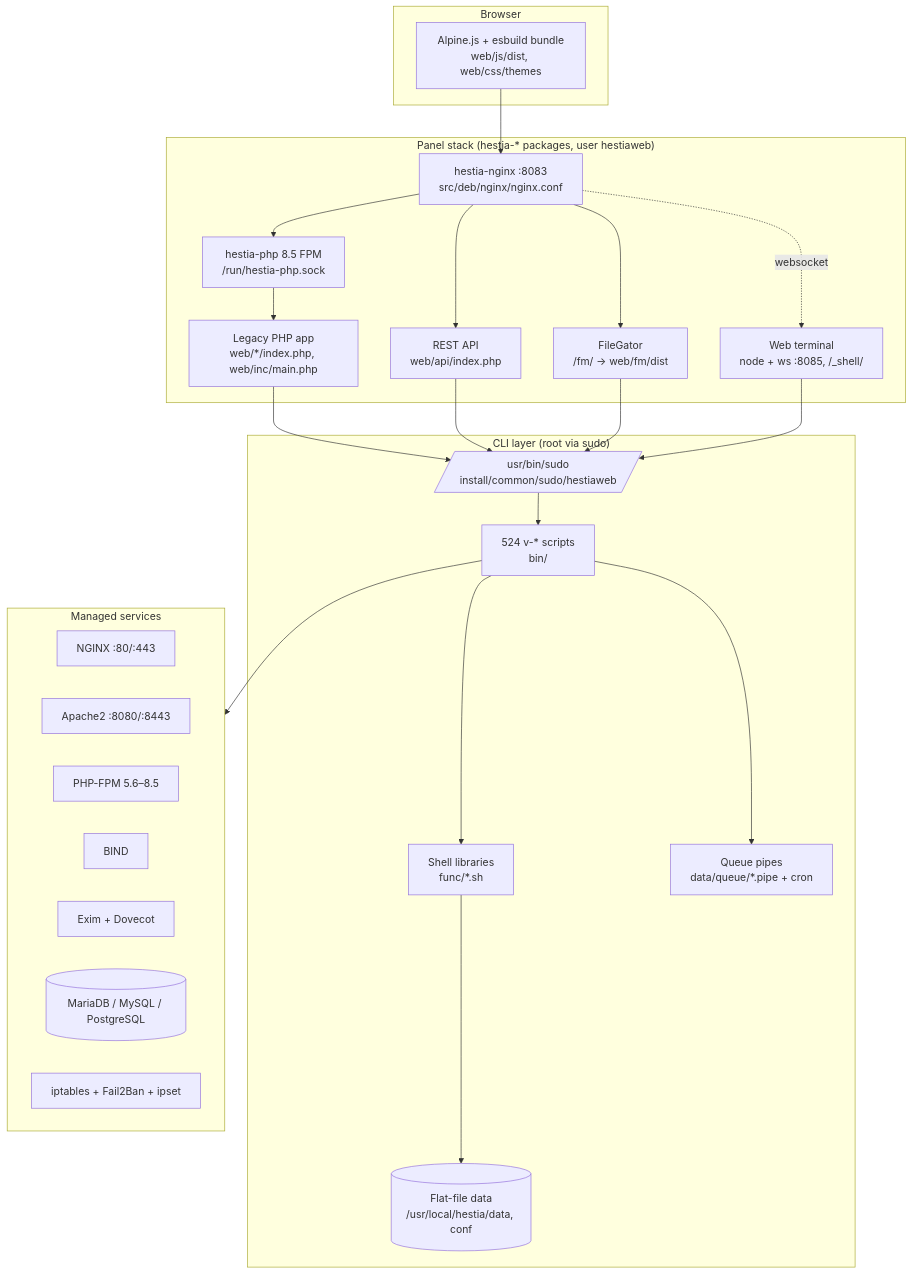
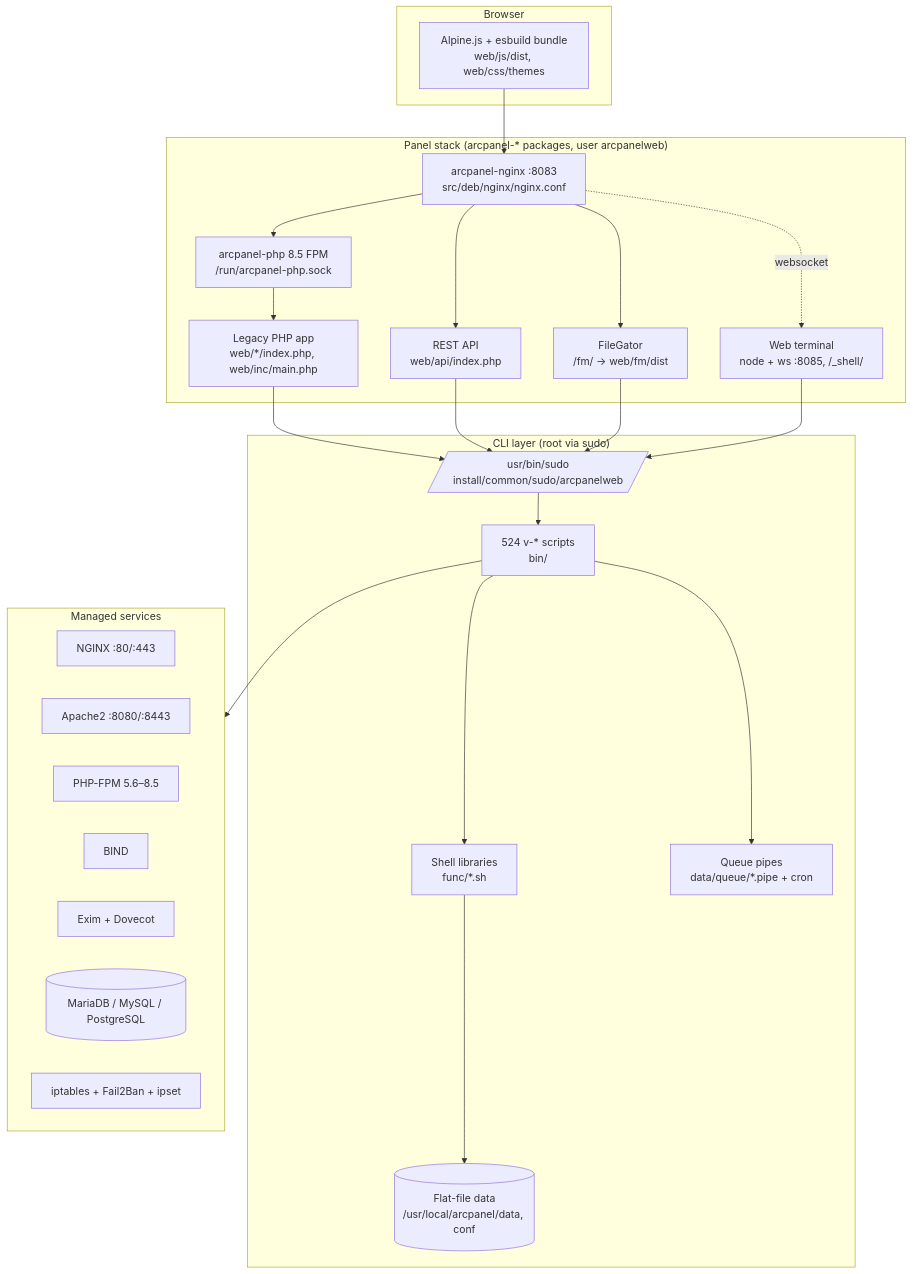
Before and after one commit to arc-panel-oss/arcpanel: the fourth of 4 diagrams in docs/design/01-architecture-overview.md, drawn with Mermaid. The commit also changed other lines of this file and 59 other files, not shown here.

````diff
--- a/docs/design/01-architecture-overview.md
+++ b/docs/design/01-architecture-overview.md
@@ -315,45 +315,45 @@
 ```mermaid
 flowchart TB
   subgraph browser[Browser]
     ui[Alpine.js + esbuild bundle<br/>web/js/dist, web/css/themes]
   end
 
-  subgraph panel["Panel stack (hestia-* packages, user hestiaweb)"]
-    hnginx[hestia-nginx :8083<br/>src/deb/nginx/nginx.conf]
-    hphp[hestia-php 8.5 FPM<br/>/run/hestia-php.sock]
+  subgraph panel["Panel stack (arcpanel-* packages, user arcpanelweb)"]
+    hnginx[arcpanel-nginx :8083<br/>src/deb/nginx/nginx.conf]
+    hphp[arcpanel-php 8.5 FPM<br/>/run/arcpanel-php.sock]
     legacy[Legacy PHP app<br/>web/*/index.php, web/inc/main.php]
     api[REST API<br/>web/api/index.php]
     fm[FileGator<br/>/fm/ → web/fm/dist]
     term[Web terminal<br/>node + ws :8085, /_shell/]
   end
 
   subgraph cli["CLI layer (root via sudo)"]
-    sudo[/usr/bin/sudo<br/>install/common/sudo/hestiaweb/]
+    sudo[/usr/bin/sudo<br/>install/common/sudo/arcpanelweb/]
     bin[524 v-* scripts<br/>bin/]
     func[Shell libraries<br/>func/*.sh]
-    data[(Flat-file data<br/>/usr/local/hestia/data, conf)]
+    data[(Flat-file data<br/>/usr/local/arcpanel/data, conf)]
     queue[Queue pipes<br/>data/queue/*.pipe + cron]
   end
 
   subgraph services[Managed services]
     nginx[NGINX :80/:443]
     apache[Apache2 :8080/:8443]
     phpfpm[PHP-FPM 5.6–8.5]
     bind[BIND]
     mail[Exim + Dovecot]
     db[(MariaDB / MySQL / PostgreSQL)]
     fw[iptables + Fail2Ban + ipset]
   end
 
   ui --> hnginx --> hphp --> legacy
   hnginx --> api
   hnginx --> fm
   hnginx -. websocket .-> term
   legacy --> sudo
   api --> sudo
   fm --> sudo
   term --> sudo
   sudo --> bin --> func --> data
   bin --> queue
   bin --> services
 ```
````
